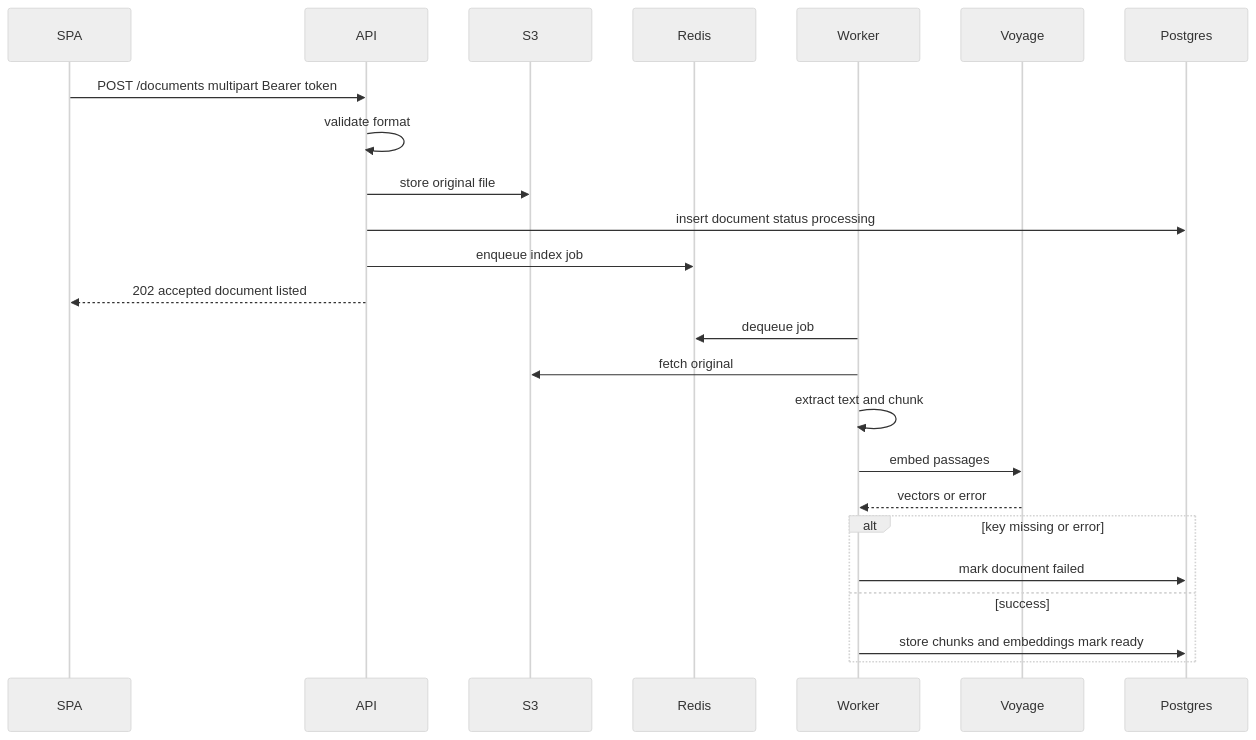
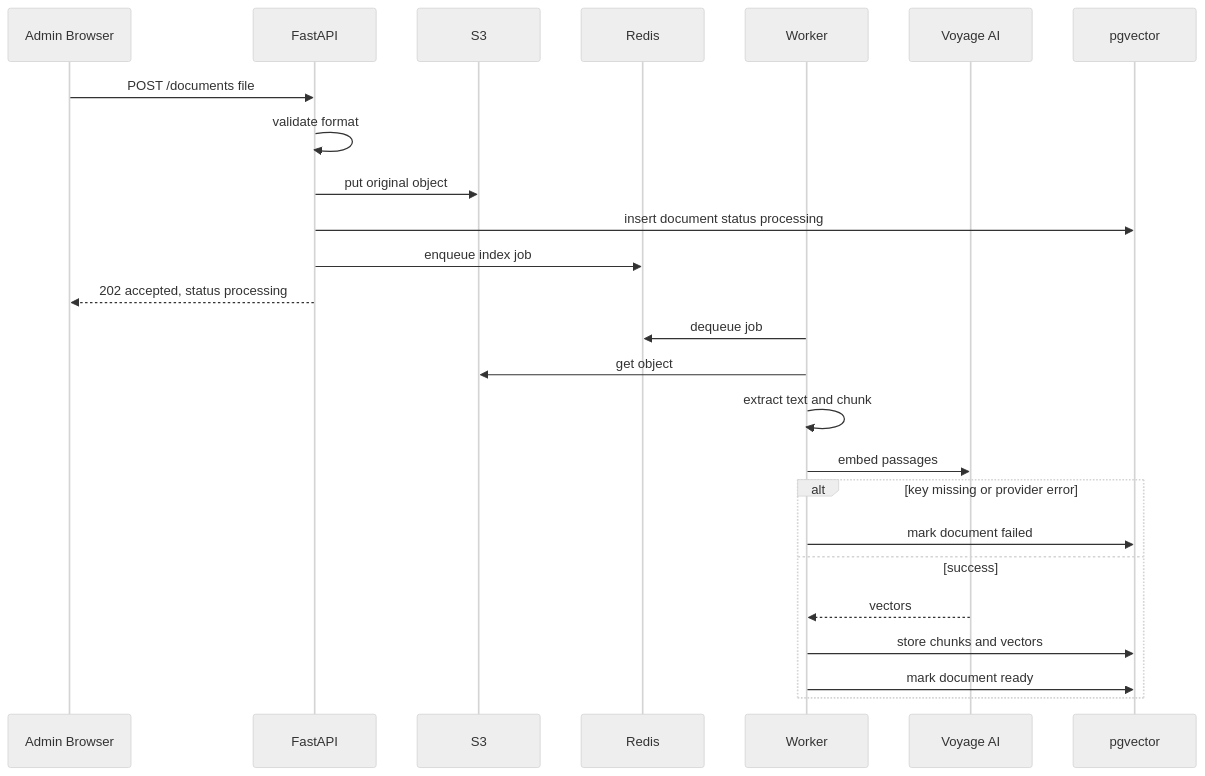
Before and after one commit to saitejaquorq/blogger: the fourth of 5 diagrams in docs/sdlc/architecture/README.md, drawn with Mermaid (neutral theme). The commit also changed other lines of this file and 15 other files, not shown here.

````diff
--- a/docs/sdlc/architecture/README.md
+++ b/docs/sdlc/architecture/README.md
@@ -334,26 +320,27 @@
 ```mermaid
 sequenceDiagram
-  participant U as SPA
-  participant A as API
+  participant Adm as Admin Browser
+  participant A as FastAPI
   participant S as S3
   participant Q as Redis
   participant W as Worker
-  participant V as Voyage
-  participant P as Postgres
-  U->>A: POST /documents multipart Bearer token
+  participant V as Voyage AI
+  participant D as pgvector
+  Adm->>A: POST /documents file
   A->>A: validate format
-  A->>S: store original file
-  A->>P: insert document status processing
+  A->>S: put original object
+  A->>D: insert document status processing
   A->>Q: enqueue index job
-  A-->>U: 202 accepted document listed
+  A-->>Adm: 202 accepted, status processing
   W->>Q: dequeue job
-  W->>S: fetch original
+  W->>S: get object
   W->>W: extract text and chunk
   W->>V: embed passages
-  V-->>W: vectors or error
-  alt key missing or error
-    W->>P: mark document failed
+  alt key missing or provider error
+    W->>D: mark document failed
   else success
-    W->>P: store chunks and embeddings mark ready
+    V-->>W: vectors
+    W->>D: store chunks and vectors
+    W->>D: mark document ready
   end
 ```
````
